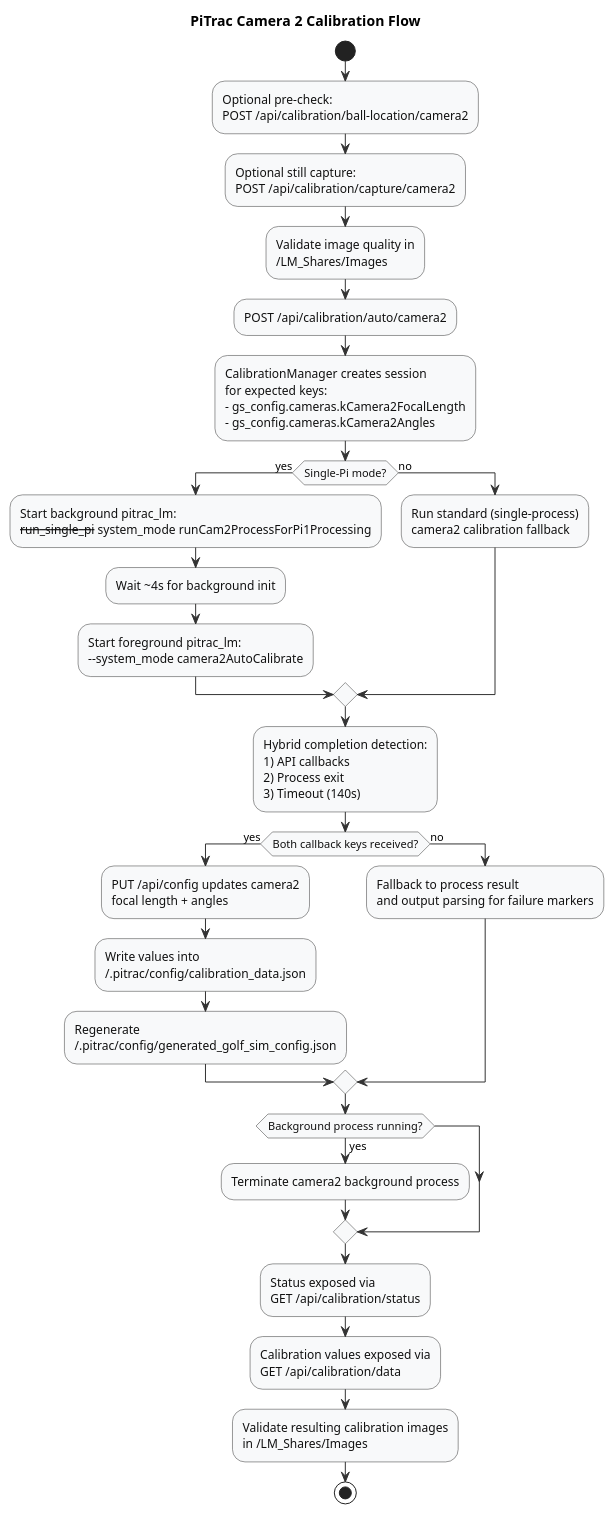
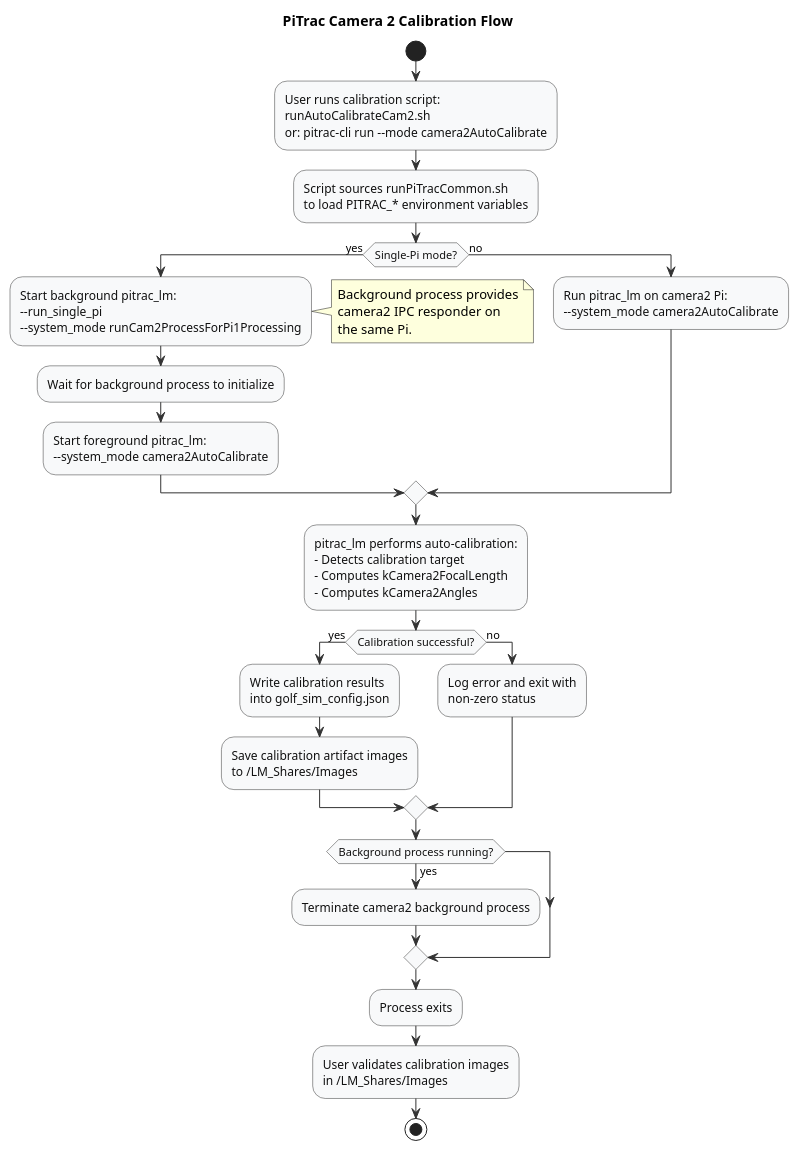
The diagram in assets/diagram/calibration-flow-camera2.puml (digitalhand/pitrac-light), drawn with PlantUML before and after one commit. The commit also changed 20 other files, not shown here.

```diff
--- a/assets/diagram/calibration-flow-camera2.puml
+++ b/assets/diagram/calibration-flow-camera2.puml
@@ -1,49 +1,50 @@
 @startuml
 title PiTrac Camera 2 Calibration Flow
 
 skinparam shadowing false
 skinparam backgroundColor white
 skinparam activity {
   BackgroundColor #F8F9FA
   BorderColor #333333
   ArrowColor #333333
   FontColor #111111
 }
 
 start
 
-:Optional pre-check:\nPOST /api/calibration/ball-location/camera2;
-:Optional still capture:\nPOST /api/calibration/capture/camera2;
-:Validate image quality in\n~/LM_Shares/Images;
+:User runs calibration script:\nrunAutoCalibrateCam2.sh\nor: pitrac-cli run --mode camera2AutoCalibrate;
 
-:POST /api/calibration/auto/camera2;
-:CalibrationManager creates session\nfor expected keys:\n- gs_config.cameras.kCamera2FocalLength\n- gs_config.cameras.kCamera2Angles;
+:Script sources runPiTracCommon.sh\nto load PITRAC_* environment variables;
 
 if (Single-Pi mode?) then (yes)
-  :Start background pitrac_lm:\n--run_single_pi --system_mode runCam2ProcessForPi1Processing;
-  :Wait ~4s for background init;
+  :Start background pitrac_lm:\n--run_single_pi\n--system_mode runCam2ProcessForPi1Processing;
+  note right
+    Background process provides
+    camera2 IPC responder on
+    the same Pi.
+  end note
+  :Wait for background process to initialize;
   :Start foreground pitrac_lm:\n--system_mode camera2AutoCalibrate;
 else (no)
-  :Run standard (single-process)\ncamera2 calibration fallback;
+  :Run pitrac_lm on camera2 Pi:\n--system_mode camera2AutoCalibrate;
 endif
 
-:Hybrid completion detection:\n1) API callbacks\n2) Process exit\n3) Timeout (140s);
+:pitrac_lm performs auto-calibration:\n- Detects calibration target\n- Computes kCamera2FocalLength\n- Computes kCamera2Angles;
 
-if (Both callback keys received?) then (yes)
-  :PUT /api/config updates camera2\nfocal length + angles;
-  :Write values into\n~/.pitrac/config/calibration_data.json;
-  :Regenerate\n~/.pitrac/config/generated_golf_sim_config.json;
+if (Calibration successful?) then (yes)
+  :Write calibration results\ninto golf_sim_config.json;
+  :Save calibration artifact images\nto ~/LM_Shares/Images;
 else (no)
-  :Fallback to process result\nand output parsing for failure markers;
+  :Log error and exit with\nnon-zero status;
 endif
 
 if (Background process running?) then (yes)
   :Terminate camera2 background process;
 endif
 
-:Status exposed via\nGET /api/calibration/status;
-:Calibration values exposed via\nGET /api/calibration/data;
-:Validate resulting calibration images\nin ~/LM_Shares/Images;
+:Process exits;
+
+:User validates calibration images\nin ~/LM_Shares/Images;
 
 stop
 @enduml
```
